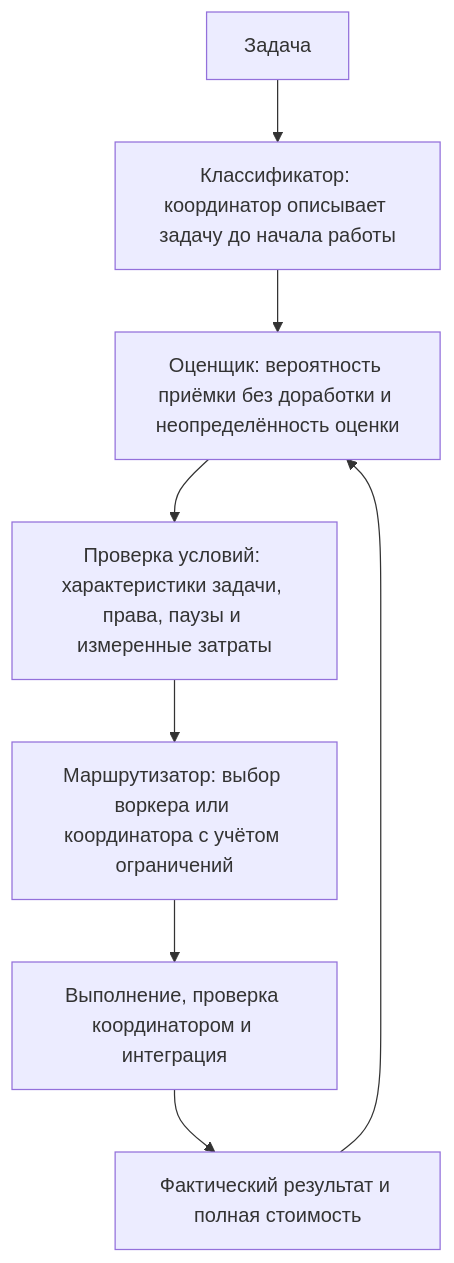
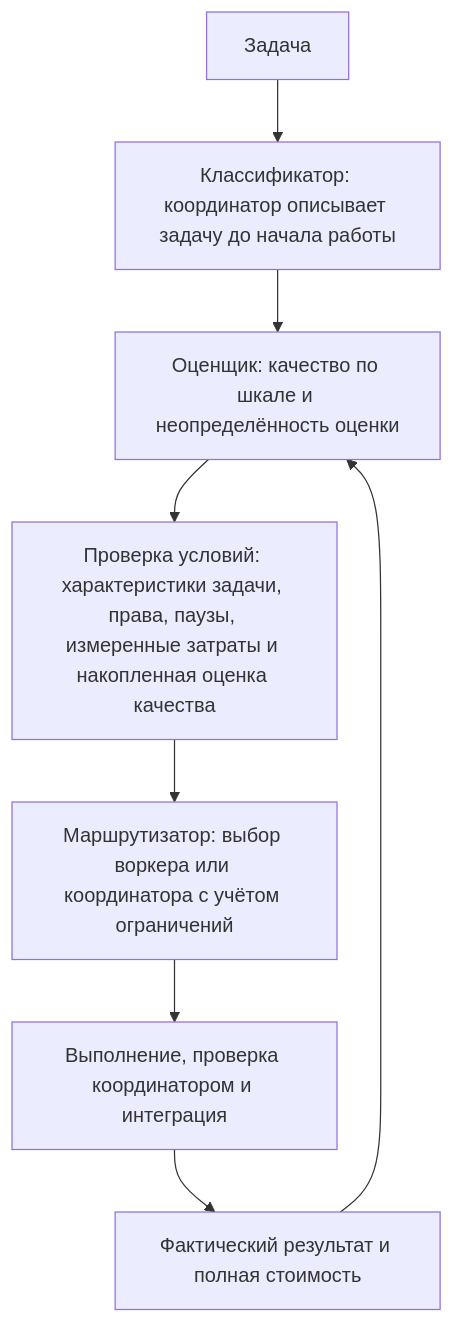
Before and after one commit to kirill31337/deepseek-team: the diagram in docs/ROUTING.ru.md, drawn with Mermaid. The commit also changed other lines of this file and 43 other files, not shown here.

````diff
--- a/docs/ROUTING.ru.md
+++ b/docs/ROUTING.ru.md
@@ -24,10 +24,10 @@
 ```mermaid
 flowchart TD
     T[Задача] --> C["Классификатор: координатор описывает задачу до начала работы"]
-    C --> E["Оценщик: вероятность приёмки без доработки и неопределённость оценки"]
-    E --> S["Проверка условий: характеристики задачи, права, паузы и измеренные затраты"]
+    C --> E["Оценщик: качество по шкале и неопределённость оценки"]
+    E --> S["Проверка условий: характеристики задачи, права, паузы, измеренные затраты и накопленная оценка качества"]
     S --> R["Маршрутизатор: выбор воркера или координатора с учётом ограничений"]
     R --> X["Выполнение, проверка координатором и интеграция"]
     X --> O["Фактический результат и полная стоимость"]
     O --> E
 ```
````
